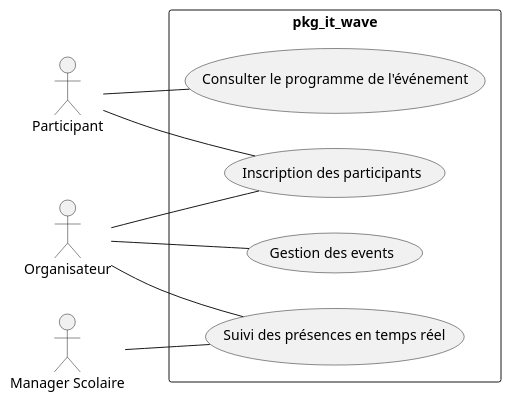
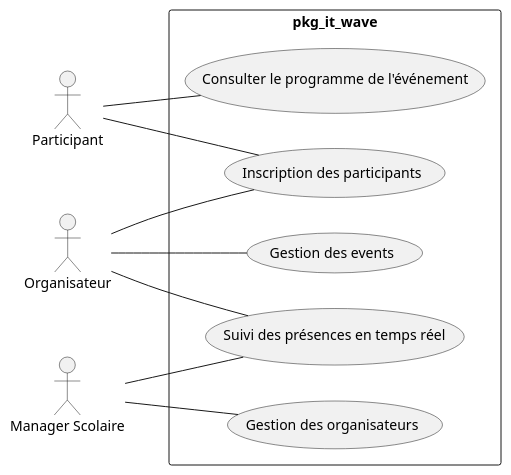
One commit to AyoubyAmazu/ui_ux changed the diagram in branch_fonctionnell/analys/useCase_general.puml. Above: the diagram before and after it, drawn with PlantUML. The commit also changed 3 other files, not shown here.

Commit message:
last edit of diagramme du class

```diff
--- a/branch_fonctionnell/analys/useCase_general.puml
+++ b/branch_fonctionnell/analys/useCase_general.puml
@@ -1,31 +1,33 @@
 @startuml
 
 left to right direction
 
 actor "Participant" as Participant
 actor "Organisateur" as Organisateur
 actor "Manager Scolaire" as Manager
 rectangle pkg_it_wave {
   usecase "Inscription des participants" as uc1
   usecase "Consulter le programme de l'événement" as uc3
   usecase "Suivi des présences en temps réel" as uc4
   usecase "Gestion des events" as uc5
+  usecase "Gestion des organisateurs" as uc6
 
 }
 ' Participant use cases
 
 Participant -- uc1
 Participant -- uc3
 
 ' Organisateur use cases
 Organisateur -- uc1
 Organisateur -- uc4
 Organisateur -- uc5
 
 
 ' Manager Scolaire use cases
 Manager -- uc4
+Manager -- uc6
 
 
 
 @enduml
```
